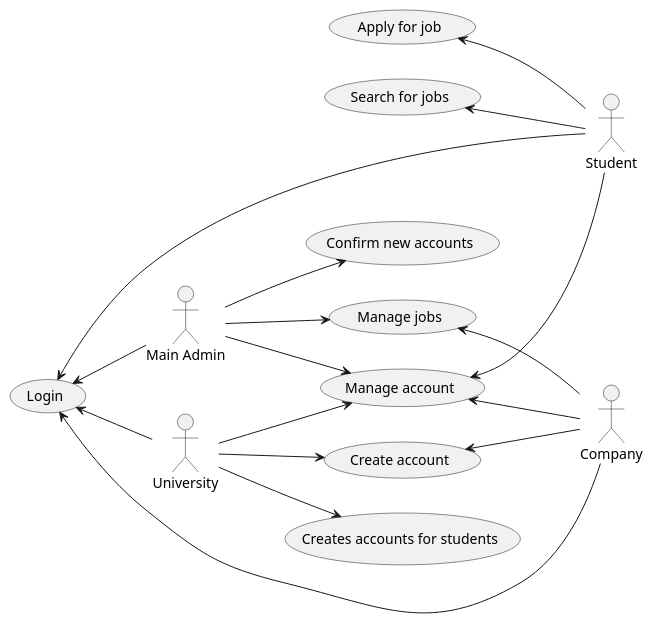
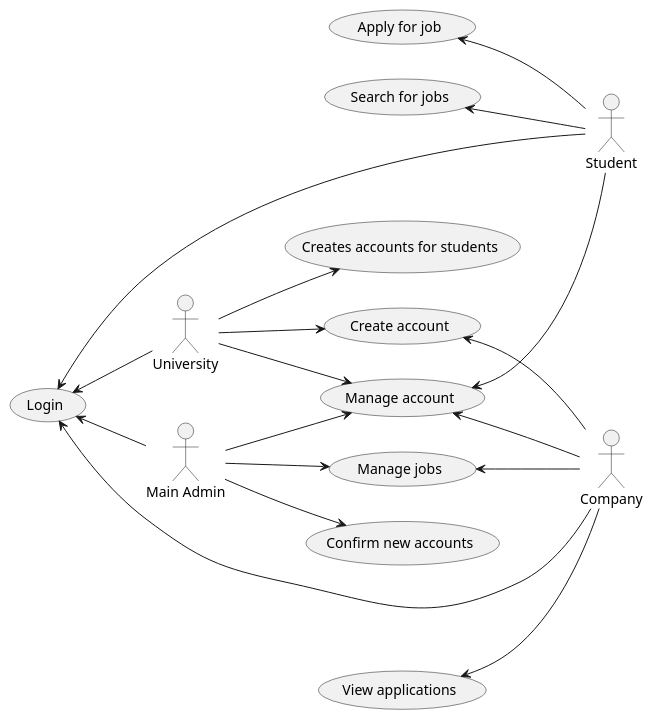
The diagram in UseCaseInternhub.puml (platonv/internhubweb), drawn with PlantUML before and after one commit.

Commit message:
One more use case added to Use Case Diagram

```diff
--- a/UseCaseInternhub.puml
+++ b/UseCaseInternhub.puml
@@ -1,25 +1,26 @@
 @startuml
 :Main Admin: as Admin
 :Student:
 :University:
 :Company:
 
 left to right direction
 Admin -up->(Login)
 Admin -->(Manage jobs)
 Admin -->(Confirm new accounts)
 Admin -->(Manage account)
 University -up->(Login)
 University -->(Create account)
 University --> (Creates accounts for students)
 University --> (Manage account)
 Company -up-> (Login)
 Company -up->(Manage jobs)
 Company -up->(Create account)
+Company -up->(View applications)
 Company -up->(Manage account)
 Student -up-> (Login)
 Student -up->(Search for jobs)
 Student -up->(Apply for job)
 Student -up->(Manage account)
 
 @enduml
```
